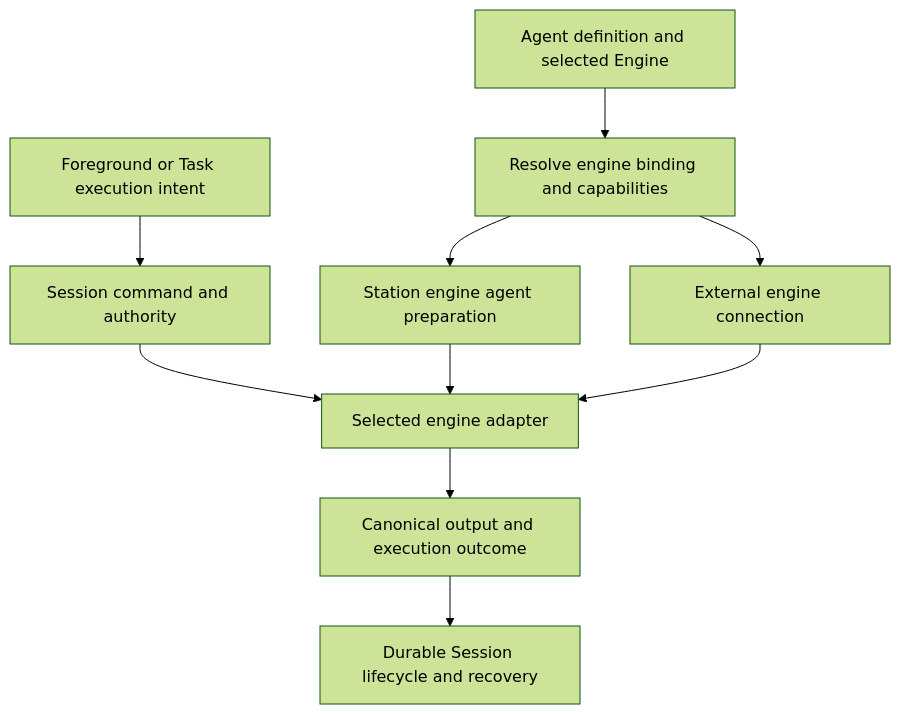
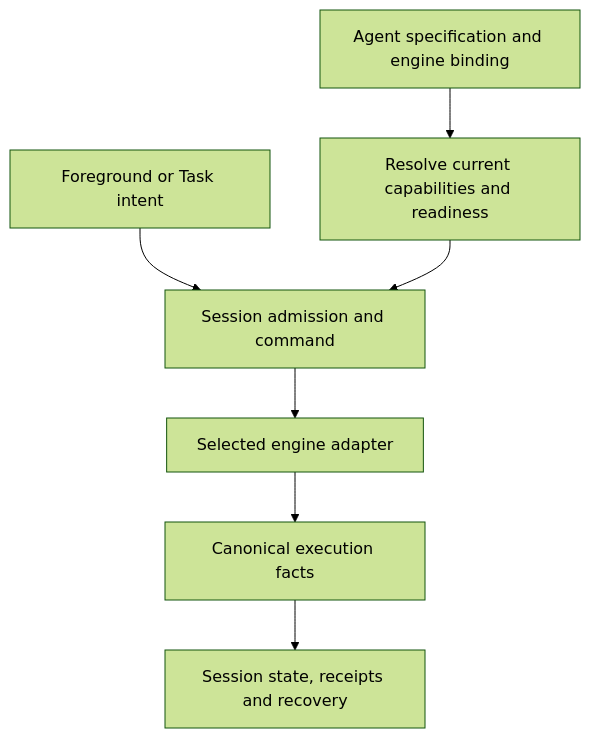
One commit to kontourai/station changed the sixth of 7 diagrams in docs/architecture.md. Above: the diagram before and after it, drawn with Mermaid (forest theme). The commit also changed other lines of this file, not shown here.

Commit message:
docs(architecture): explain verified execution and transport boundaries

````diff
--- a/docs/architecture.md
+++ b/docs/architecture.md
@@ -328,12 +268,9 @@
 ```mermaid
 flowchart TD
-    Definition[Agent definition and selected Engine] --> Resolve[Resolve engine binding and capabilities]
-    Resolve --> Station[Station engine agent preparation]
-    Resolve --> External[External engine connection]
-    Intent[Foreground or Task execution intent] --> Session[Session command and authority]
-    Session --> Adapter[Selected engine adapter]
-    Station --> Adapter
-    External --> Adapter
-    Adapter --> Events[Canonical output and execution outcome]
-    Events --> Lifecycle[Durable Session lifecycle and recovery]
+    Definition[Agent specification and engine binding] --> Availability[Resolve current capabilities and readiness]
+    Intent[Foreground or Task intent] --> Command[Session admission and command]
+    Availability --> Command
+    Command --> Adapter[Selected engine adapter]
+    Adapter --> Events[Canonical execution facts]
+    Events --> Lifecycle[Session state, receipts and recovery]
 ```
````
